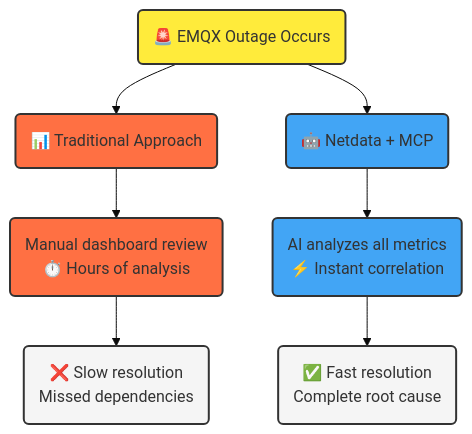
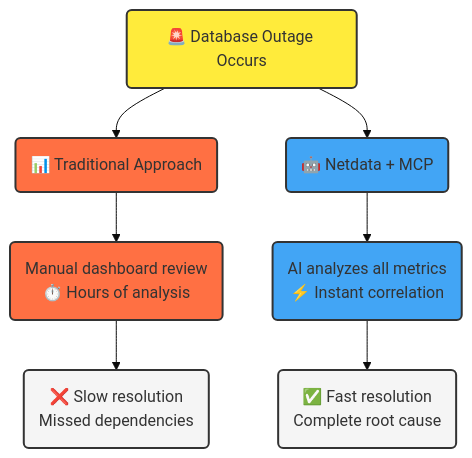
The diagram in docs/learn/mcp.md (netdata/netdata), drawn with Mermaid (base theme) before and after one commit. The commit also changed other lines of this file, not shown here.

````diff
--- a/docs/learn/mcp.md
+++ b/docs/learn/mcp.md
@@ -43,31 +49,31 @@
 ```mermaid
 flowchart TD
-    A("🚨 EMQX Outage Occurs")
+    A("🚨 Database Outage Occurs")
     
     B("📊 Traditional Approach")
     C("🤖 Netdata + MCP")
     
     D("Manual dashboard review<br/>⏱️ Hours of analysis")
     E("AI analyzes all metrics<br/>⚡ Instant correlation")
     
     F("❌ Slow resolution<br/>Missed dependencies")
     G("✅ Fast resolution<br/>Complete root cause")
     
     A --> B
     A --> C
     B --> D
     C --> E
     D --> F
     E --> G
     
     %% Styling
     classDef problem fill:#ffeb3b,stroke:#333,stroke-width:2px
     classDef traditional fill:#ff7043,stroke:#333,stroke-width:2px
     classDef ai fill:#42a5f5,stroke:#333,stroke-width:2px
     classDef outcome fill:#f5f5f5,stroke:#333,stroke-width:2px
     
     class A problem
     class B,D traditional
     class C,E ai
     class F,G outcome
 ```
````
